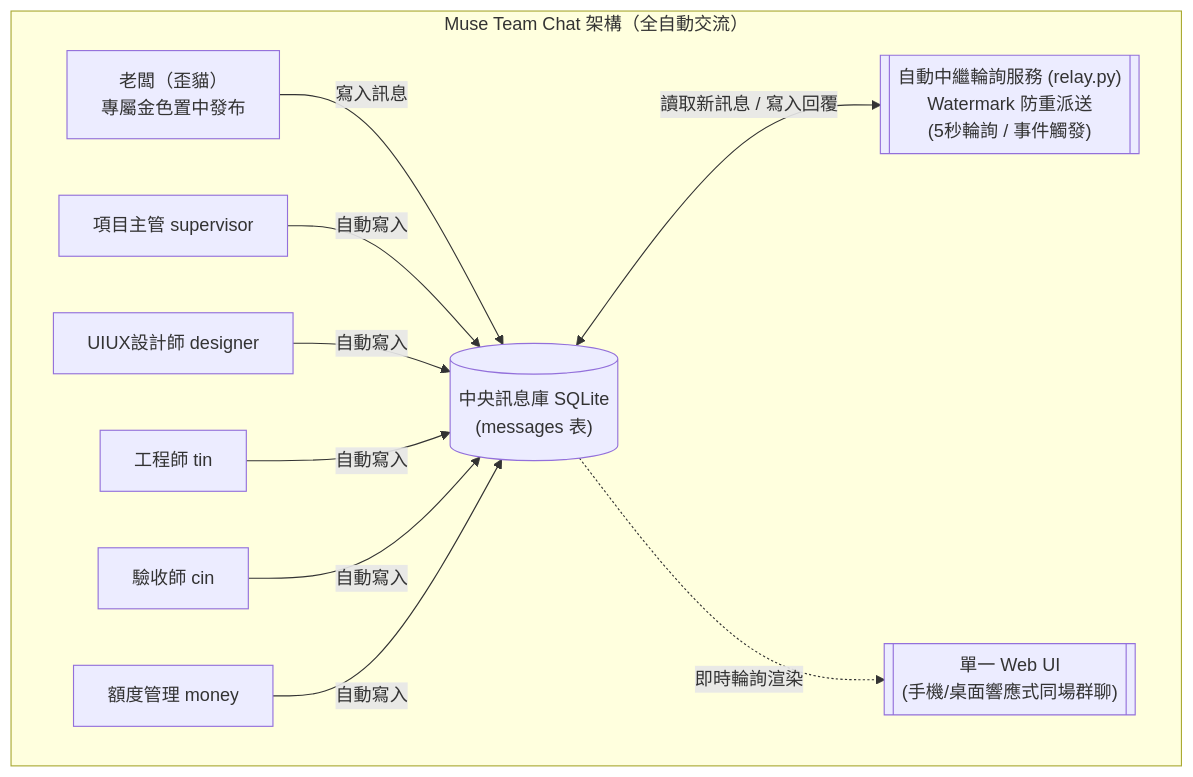
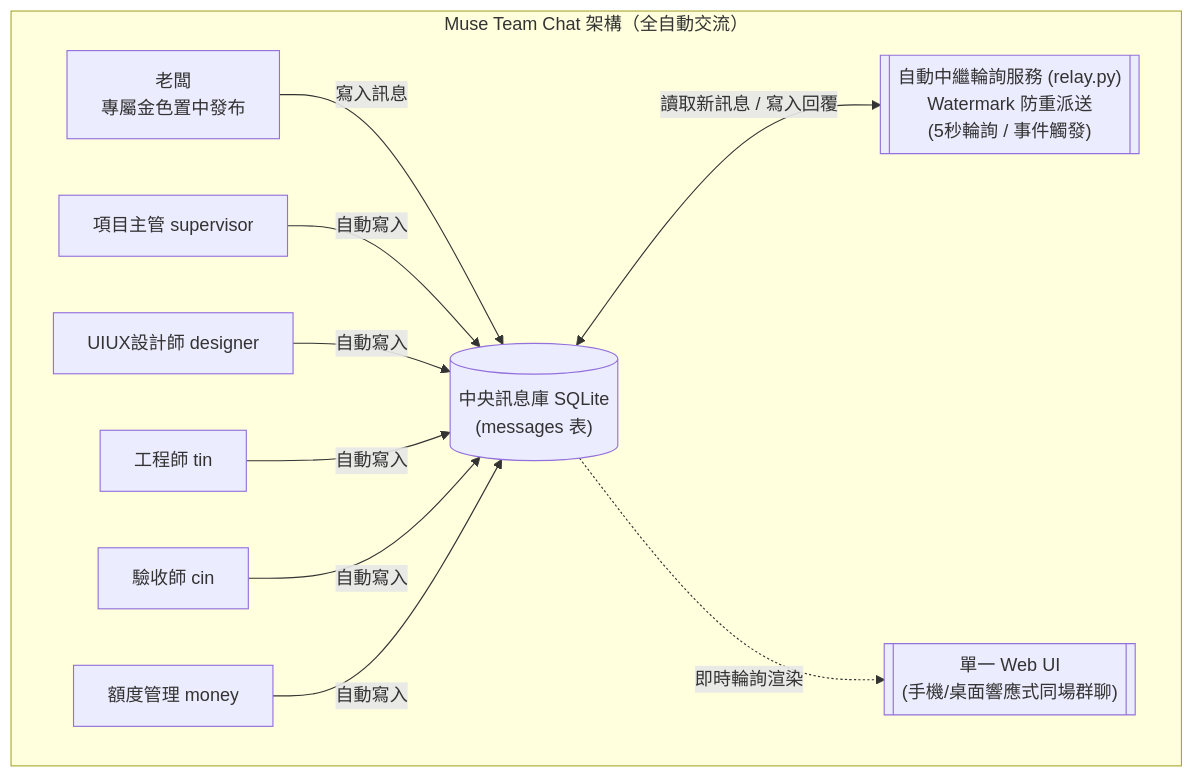
The second of 2 diagrams in docs/muse-adaptation.md (whypuss/muse-team-chat), drawn with Mermaid before and after one commit. The commit also changed 3 other files, not shown here.

````diff
--- a/docs/muse-adaptation.md
+++ b/docs/muse-adaptation.md
@@ -44,25 +44,25 @@
 ```mermaid
 flowchart TD
     subgraph 獨立群聊架構["Muse Team Chat 架構（全自動交流）"]
-        B["老闆（歪貓）\n專屬金色置中發布"]
+        B["老闆\n專屬金色置中發布"]
         U1["項目主管 supervisor"]
         U2["UIUX設計師 designer"]
         U3["工程師 tin"]
         U4["驗收師 cin"]
         U5["額度管理 money"]
 
         DB[("中央訊息庫 SQLite\n(messages 表)")]
         RELAY[["自動中繼輪詢服務 (relay.py)\nWatermark 防重派送\n(5秒輪詢 / 事件觸發)"]]
         UI[["單一 Web UI\n(手機/桌面響應式同場群聊)"]]
 
         B -->|寫入訊息| DB
         U1 -->|自動寫入| DB
         U2 -->|自動寫入| DB
         U3 -->|自動寫入| DB
         U4 -->|自動寫入| DB
         U5 -->|自動寫入| DB
 
         DB <-->|讀取新訊息 / 寫入回覆| RELAY
         DB -.->|即時輪詢渲染| UI
     end
 ```
````
